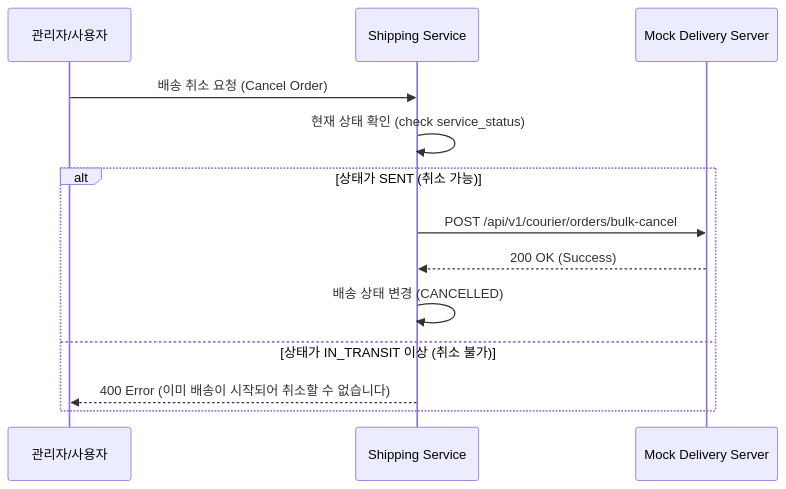
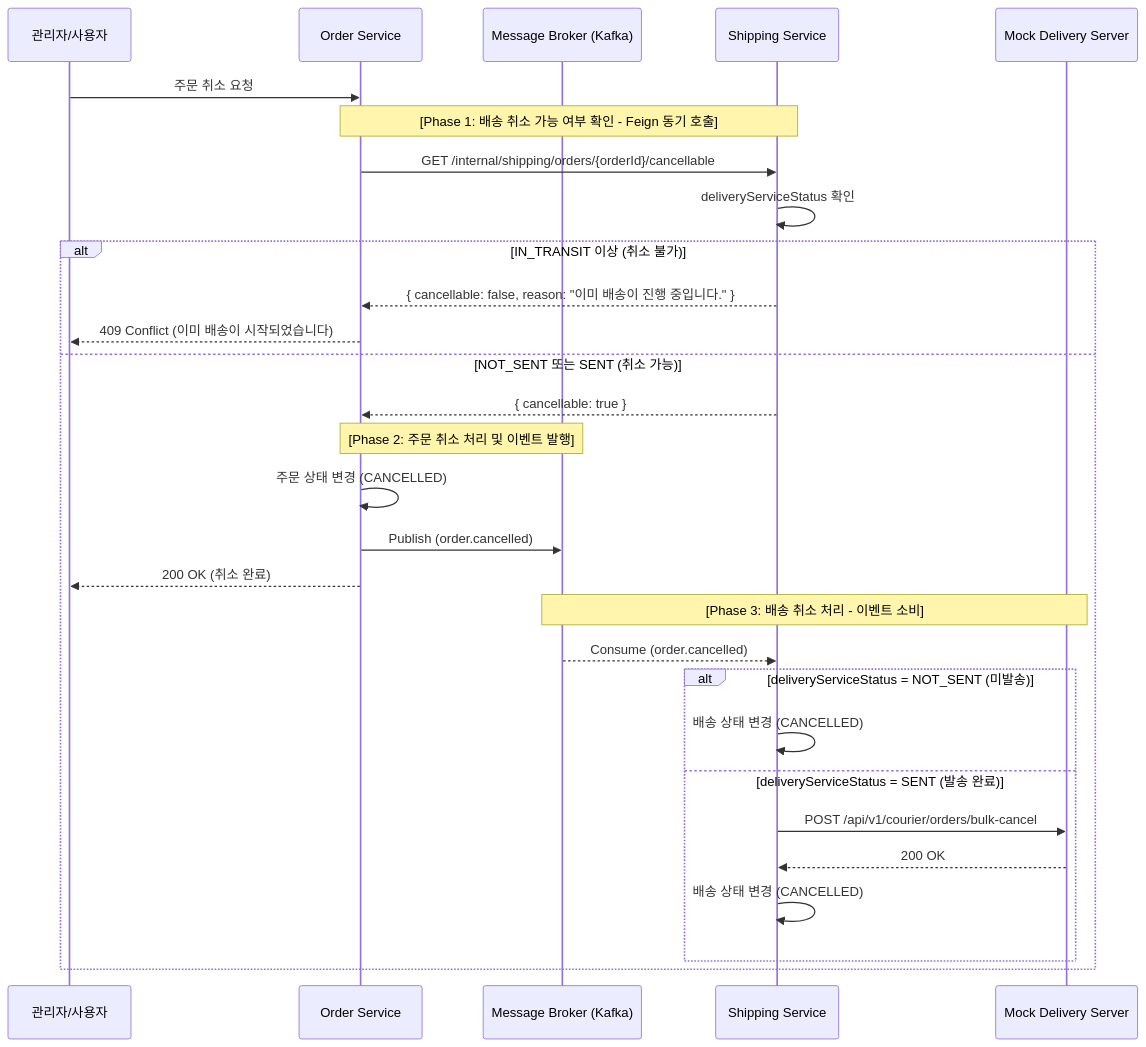
Before and after one commit to gr1993/ecommerce-msa: the second of 2 diagrams in service/shipping-service/README.md, drawn with Mermaid. The commit also changed other lines of this file and 7 other files, not shown here.

Commit message:
feat(shipping): 내부용 배송 상태 확인 API 구현 및 order.cancelled 이벤트 구독 로직 구현

````diff
--- a/service/shipping-service/README.md
+++ b/service/shipping-service/README.md
@@ -53,18 +56,38 @@
 ```mermaid
 sequenceDiagram
     participant User as 관리자/사용자
+    participant Order as Order Service
+    participant Broker as Message Broker (Kafka)
     participant Ship as Shipping Service
     participant Mock as Mock Delivery Server
 
-    User->>Ship: 배송 취소 요청 (Cancel Order)
-    
-    Ship->>Ship: 현재 상태 확인 (check service_status)
-    
-    alt 상태가 SENT (취소 가능)
-        Ship->>Mock: POST /api/v1/courier/orders/bulk-cancel
-        Mock-->>Ship: 200 OK (Success)
-        Ship->>Ship: 배송 상태 변경 (CANCELLED)
-    else 상태가 IN_TRANSIT 이상 (취소 불가)
-        Ship-->>User: 400 Error (이미 배송이 시작되어 취소할 수 없습니다)
+    User->>Order: 주문 취소 요청
+
+    Note over Order, Ship: [Phase 1: 배송 취소 가능 여부 확인 - Feign 동기 호출]
+    Order->>Ship: GET /internal/shipping/orders/{orderId}/cancellable
+
+    Ship->>Ship: deliveryServiceStatus 확인
+
+    alt IN_TRANSIT 이상 (취소 불가)
+        Ship-->>Order: { cancellable: false, reason: "이미 배송이 진행 중입니다." }
+        Order-->>User: 409 Conflict (이미 배송이 시작되었습니다)
+    else NOT_SENT 또는 SENT (취소 가능)
+        Ship-->>Order: { cancellable: true }
+
+        Note over Order, Broker: [Phase 2: 주문 취소 처리 및 이벤트 발행]
+        Order->>Order: 주문 상태 변경 (CANCELLED)
+        Order->>Broker: Publish (order.cancelled)
+        Order-->>User: 200 OK (취소 완료)
+
+        Note over Broker, Mock: [Phase 3: 배송 취소 처리 - 이벤트 소비]
+        Broker-->>Ship: Consume (order.cancelled)
+
+        alt deliveryServiceStatus = NOT_SENT (미발송)
+            Ship->>Ship: 배송 상태 변경 (CANCELLED)
+        else deliveryServiceStatus = SENT (발송 완료)
+            Ship->>Mock: POST /api/v1/courier/orders/bulk-cancel
+            Mock-->>Ship: 200 OK
+            Ship->>Ship: 배송 상태 변경 (CANCELLED)
+        end
     end
 ```
````
